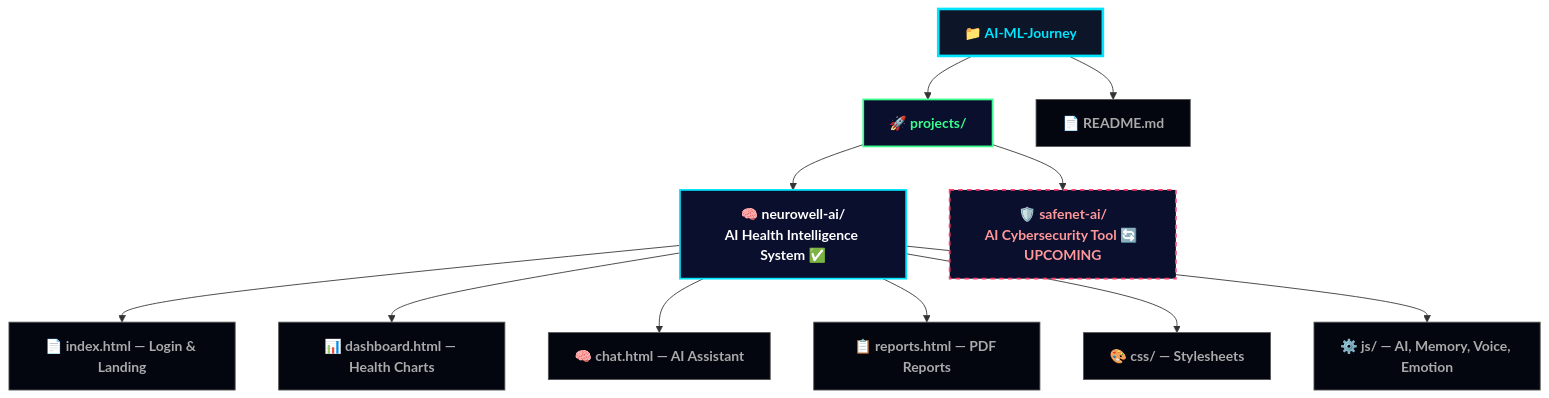
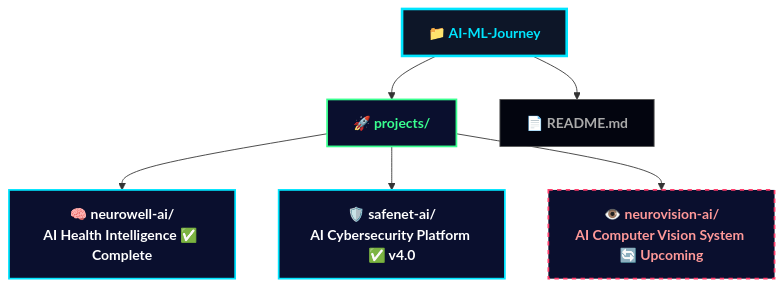
Before and after one commit to Jags-08/ai-ml-journey: the second of 12 diagrams in README.md, drawn with Mermaid. The commit also changed other lines of this file, not shown here.

````diff
--- a/README.md
+++ b/README.md
@@ -93,24 +75,18 @@
 ```mermaid
 graph TD
     ROOT["📁 AI-ML-Journey"]:::root
 
     ROOT --> PROJECTS["🚀 projects/"]:::folder
 
-    PROJECTS --> NW["🧠 neurowell-ai/\nAI Health Intelligence System ✅"]:::done
-    PROJECTS --> SN["🛡️ safenet-ai/\nAI Cybersecurity Tool 🔄 UPCOMING"]:::upcoming
-
-    NW --> NW1["📄 index.html — Login & Landing"]:::file
-    NW --> NW2["📊 dashboard.html — Health Charts"]:::file
-    NW --> NW3["🧠 chat.html — AI Assistant"]:::file
-    NW --> NW4["📋 reports.html — PDF Reports"]:::file
-    NW --> NW5["🎨 css/ — Stylesheets"]:::file
-    NW --> NW6["⚙️ js/ — AI, Memory, Voice, Emotion"]:::file
+    PROJECTS --> NW["🧠 neurowell-ai/\nAI Health Intelligence ✅ Complete"]:::done
+    PROJECTS --> SN["🛡️ safenet-ai/\nAI Cybersecurity Platform ✅ v4.0"]:::done
+    PROJECTS --> NV["👁️ neurovision-ai/\nAI Computer Vision System 🔄 Upcoming"]:::upcoming
 
     ROOT --> README["📄 README.md"]:::file
 
-    classDef root fill:#0d1628,stroke:#00E5FF,stroke-width:3px,color:#00E5FF,font-weight:bold
-    classDef folder fill:#0a0f2e,stroke:#39ff8f,stroke-width:2px,color:#39ff8f
-    classDef done fill:#0a0f2e,stroke:#00E5FF,stroke-width:2px,color:#ffffff
+    classDef root     fill:#0d1628,stroke:#00E5FF,stroke-width:3px,color:#00E5FF,font-weight:bold
+    classDef folder   fill:#0a0f2e,stroke:#39ff8f,stroke-width:2px,color:#39ff8f
+    classDef done     fill:#0a0f2e,stroke:#00E5FF,stroke-width:2px,color:#ffffff
     classDef upcoming fill:#0a0f2e,stroke:#ff3d6b,stroke-width:2px,color:#ff9999,stroke-dasharray:5 5
-    classDef file fill:#03050f,stroke:#555,stroke-width:1px,color:#aaaaaa
+    classDef file     fill:#03050f,stroke:#555,stroke-width:1px,color:#aaaaaa
 ```
````
